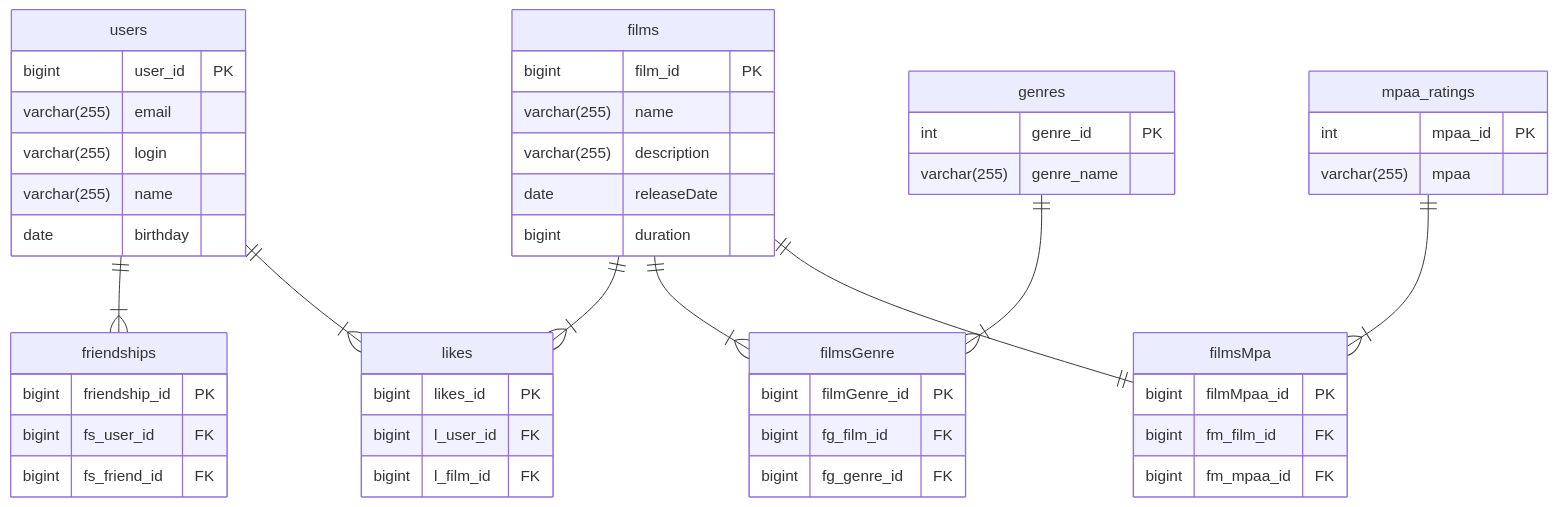
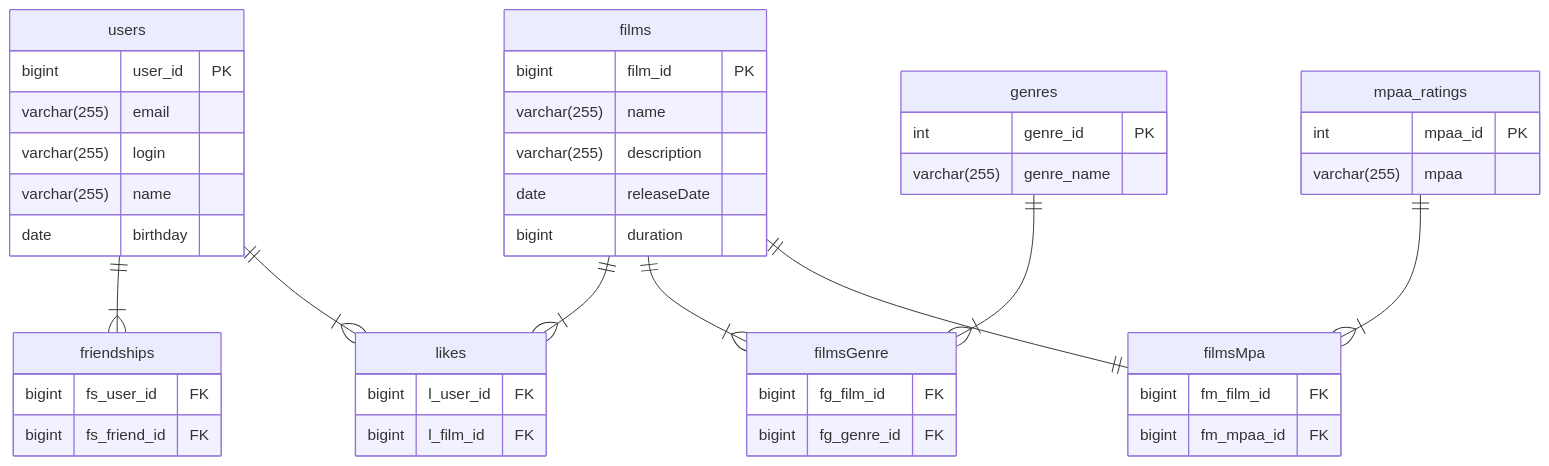
The diagram in README.md (Ycseeasy/java-filmorate), drawn with Mermaid before and after one commit. The commit also changed 32 other files, not shown here.

````diff
--- a/README.md
+++ b/README.md
@@ -3,53 +3,49 @@
 ```mermaid
 erDiagram
     users {
         bigint user_id PK
         varchar(255) email
         varchar(255) login
         varchar(255) name
         date birthday
     }
     films {
         bigint film_id PK
         varchar(255) name
         varchar(255) description
         date releaseDate
         bigint duration
     }
     friendships {
-        bigint friendship_id PK
         bigint fs_user_id FK
         bigint fs_friend_id FK
     }
     likes {
-        bigint likes_id PK
         bigint l_user_id FK
         bigint l_film_id FK
     }
     genres {
         int genre_id PK
         varchar(255) genre_name
     }
     mpaa_ratings {
         int mpaa_id PK
         varchar(255) mpaa
     }
     filmsMpa {
-        bigint filmMpaa_id PK
         bigint fm_film_id FK
         bigint fm_mpaa_id FK
     }
     filmsGenre {
-        bigint filmGenre_id PK
         bigint fg_film_id FK
         bigint fg_genre_id FK
     }
     users ||--|{ friendships: ""
     films ||--|{ likes: ""
     users ||--|{ likes: ""
     films ||--|{ filmsGenre: ""
     films ||--|| filmsMpa: ""
     genres ||--|{ filmsGenre: ""
     mpaa_ratings ||--|{ filmsMpa: ""
 
 ```
````
